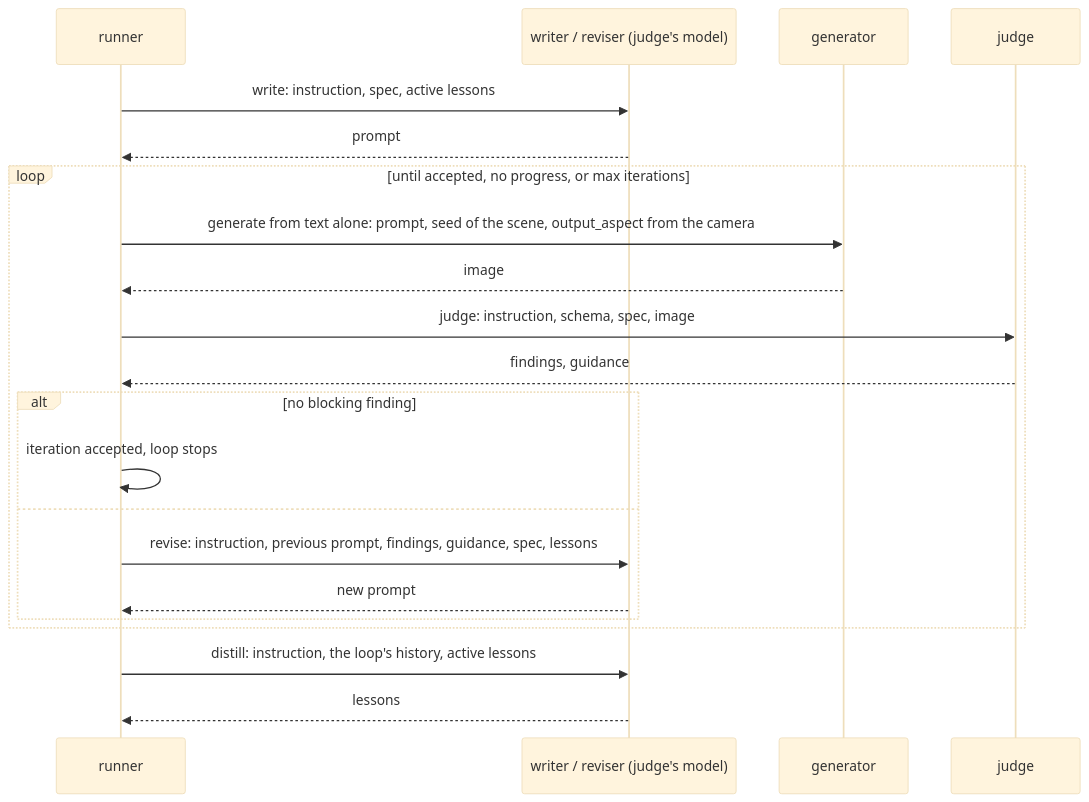
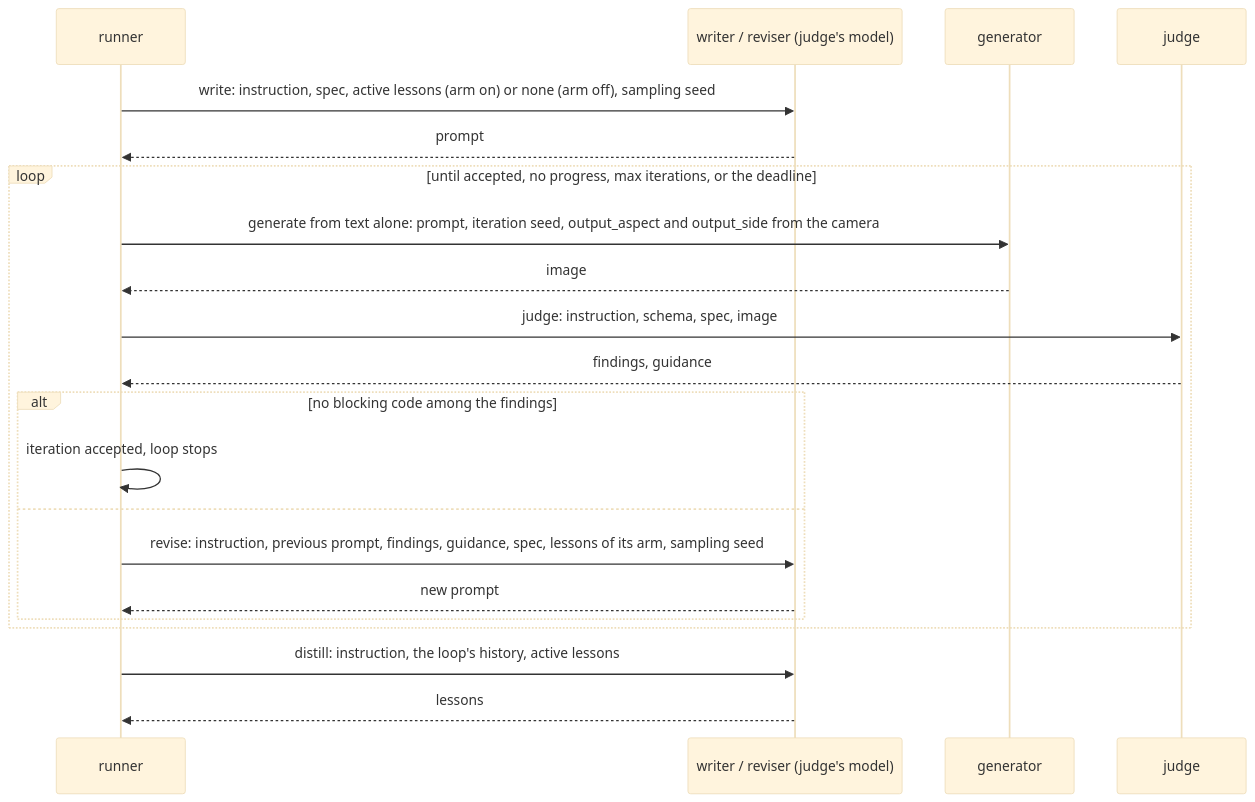
Before and after one commit to intent-graph/ai_tooling: the second of 2 diagrams in clutter_pairs/design/loops.md, drawn with Mermaid (base theme). The commit also changed other lines of this file and 10 other files, not shown here.

````diff
--- a/clutter_pairs/design/loops.md
+++ b/clutter_pairs/design/loops.md
@@ -87,23 +87,23 @@
 ```mermaid
 sequenceDiagram
   participant R as runner
   participant W as writer / reviser (judge's model)
   participant G as generator
   participant J as judge
-  R->>W: write: instruction, spec, active lessons
+  R->>W: write: instruction, spec, active lessons (arm on) or none (arm off), sampling seed
   W-->>R: prompt
-  loop until accepted, no progress, or max iterations
-    R->>G: generate from text alone: prompt, seed of the scene, output_aspect from the camera
+  loop until accepted, no progress, max iterations, or the deadline
+    R->>G: generate from text alone: prompt, iteration seed, output_aspect and output_side from the camera
     G-->>R: image
     R->>J: judge: instruction, schema, spec, image
     J-->>R: findings, guidance
-    alt no blocking finding
+    alt no blocking code among the findings
       R->>R: iteration accepted, loop stops
     else
-      R->>W: revise: instruction, previous prompt, findings, guidance, spec, lessons
+      R->>W: revise: instruction, previous prompt, findings, guidance, spec, lessons of its arm, sampling seed
       W-->>R: new prompt
     end
   end
   R->>W: distill: instruction, the loop's history, active lessons
   W-->>R: lessons
 ```
````
